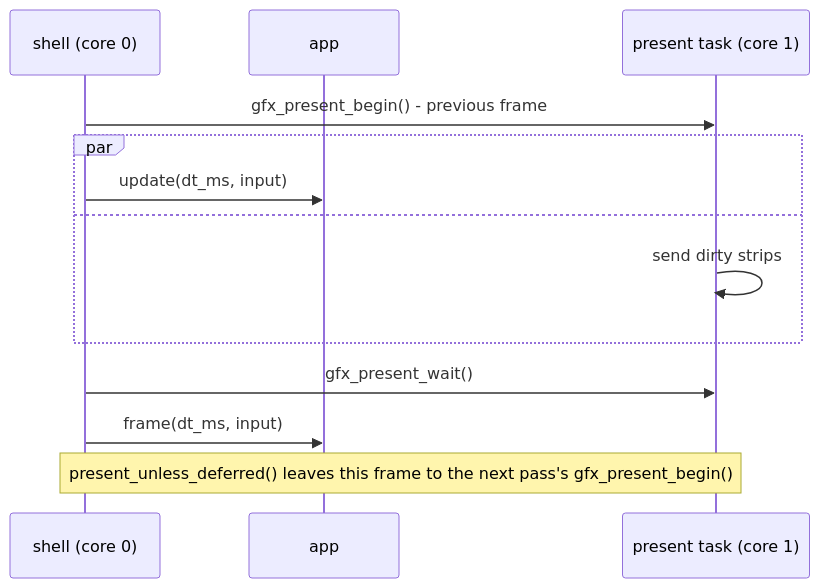
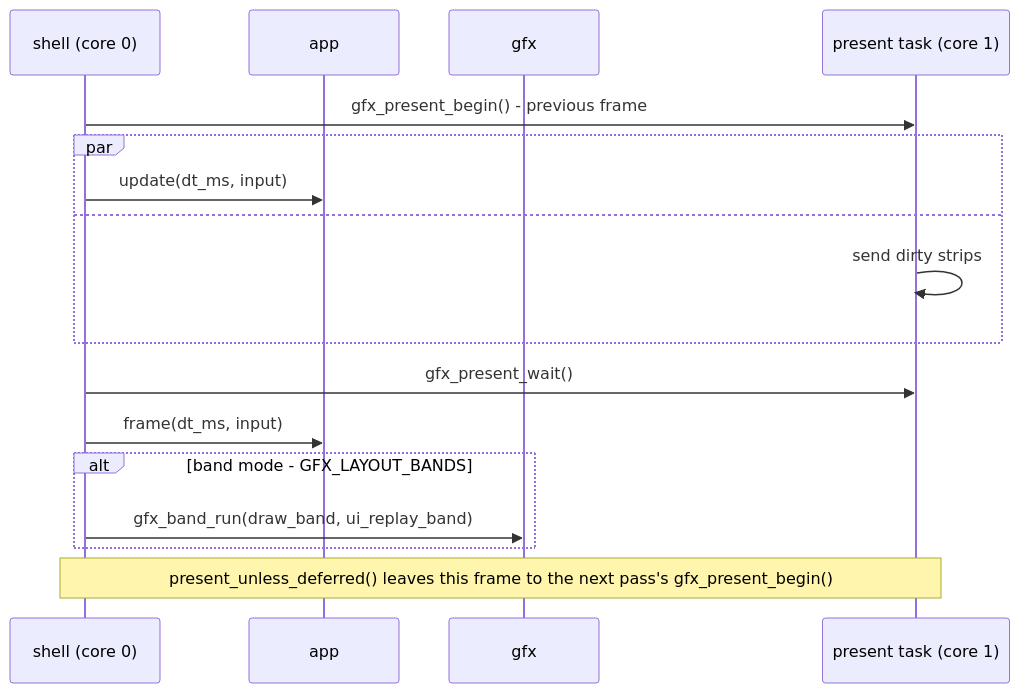
One commit to jose-villegas/autana changed the third of 3 diagrams in docs/Building-an-App.md. Above: the diagram before and after it, drawn with Mermaid. The commit also changed other lines of this file and 12 other files, not shown here.

Commit message:
gfx: centralize band presentation

````diff
--- a/docs/Building-an-App.md
+++ b/docs/Building-an-App.md
@@ -164,15 +163,19 @@
 ```mermaid
 sequenceDiagram
     participant S as shell (core 0)
     participant A as app
+    participant G as gfx
     participant P as present task (core 1)
     S->>P: gfx_present_begin() - previous frame
     par
         S->>A: update(dt_ms, input)
     and
         P->>P: send dirty strips
     end
     S->>P: gfx_present_wait()
     S->>A: frame(dt_ms, input)
+    alt band mode - GFX_LAYOUT_BANDS
+        S->>G: gfx_band_run(draw_band, ui_replay_band)
+    end
     Note over S,P: present_unless_deferred() leaves this frame to the next pass's gfx_present_begin()
 ```
````
